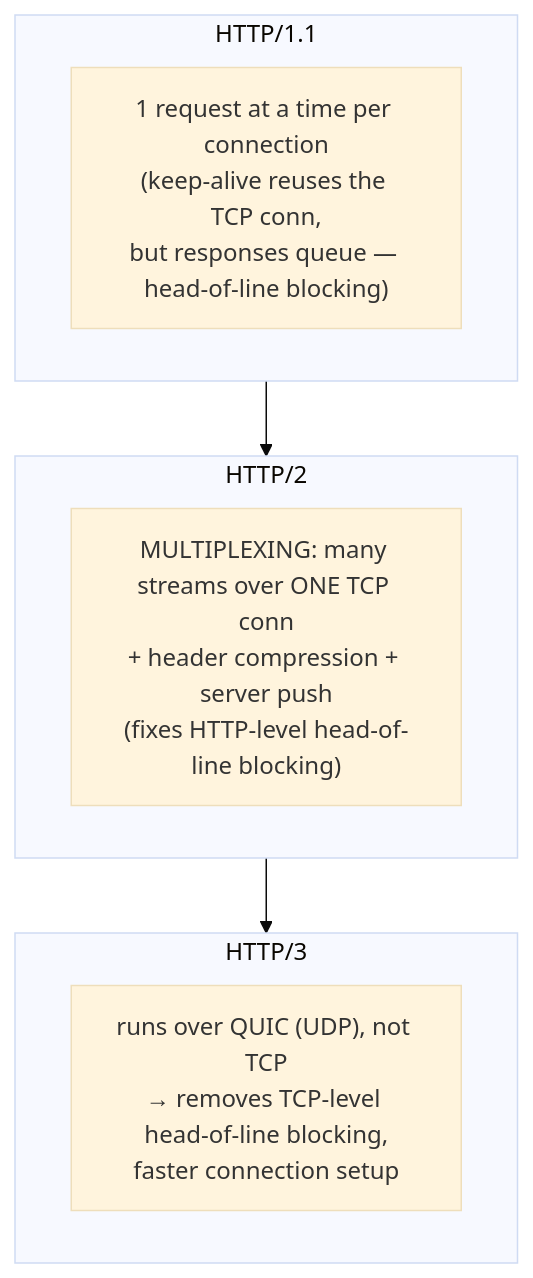
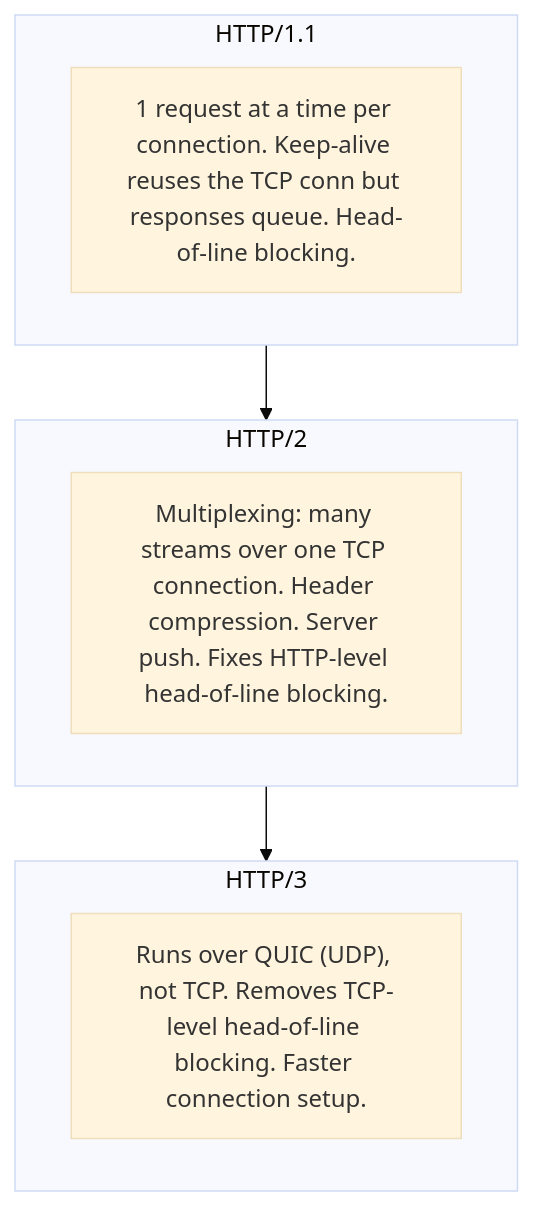
Before and after one commit to ashishxcode/frontend-internals: the first of 3 diagrams in packages/content/content/13-networking-http.mdx, drawn with Mermaid (base theme). The commit also changed other lines of this file and 29 other files, not shown here.

Commit message:
rewrite: roadmap engineer-to-engineer + all 34 chapters new spec

````diff
--- a/packages/content/content/13-networking-http.mdx
+++ b/packages/content/content/13-networking-http.mdx
@@ -77,13 +30,13 @@
 ```mermaid
 flowchart TB
   subgraph h1["HTTP/1.1"]
-    a["1 request at a time per connection<br/>(keep-alive reuses the TCP conn,<br/>but responses queue — head-of-line blocking)"]
+    a["1 request at a time per connection. Keep-alive reuses the TCP conn but responses queue. Head-of-line blocking."]
   end
   subgraph h2["HTTP/2"]
-    b["MULTIPLEXING: many streams over ONE TCP conn<br/>+ header compression + server push<br/>(fixes HTTP-level head-of-line blocking)"]
+    b["Multiplexing: many streams over one TCP connection. Header compression. Server push. Fixes HTTP-level head-of-line blocking."]
   end
   subgraph h3["HTTP/3"]
-    c["runs over QUIC (UDP), not TCP<br/>→ removes TCP-level head-of-line blocking,<br/>faster connection setup"]
+    c["Runs over QUIC (UDP), not TCP. Removes TCP-level head-of-line blocking. Faster connection setup."]
   end
   h1 --> h2 --> h3
 ```
````
